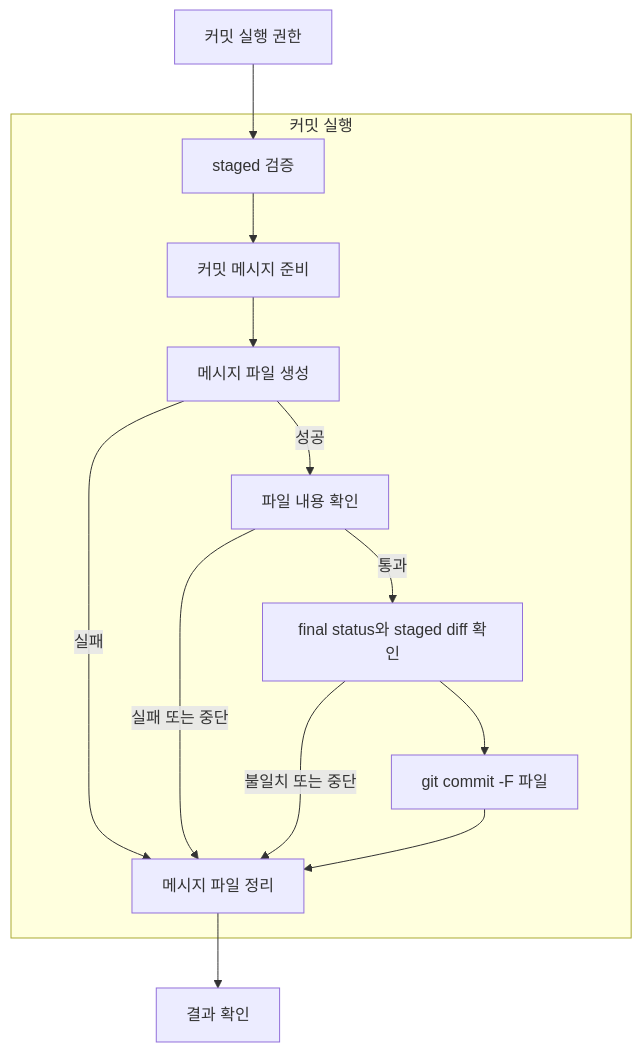
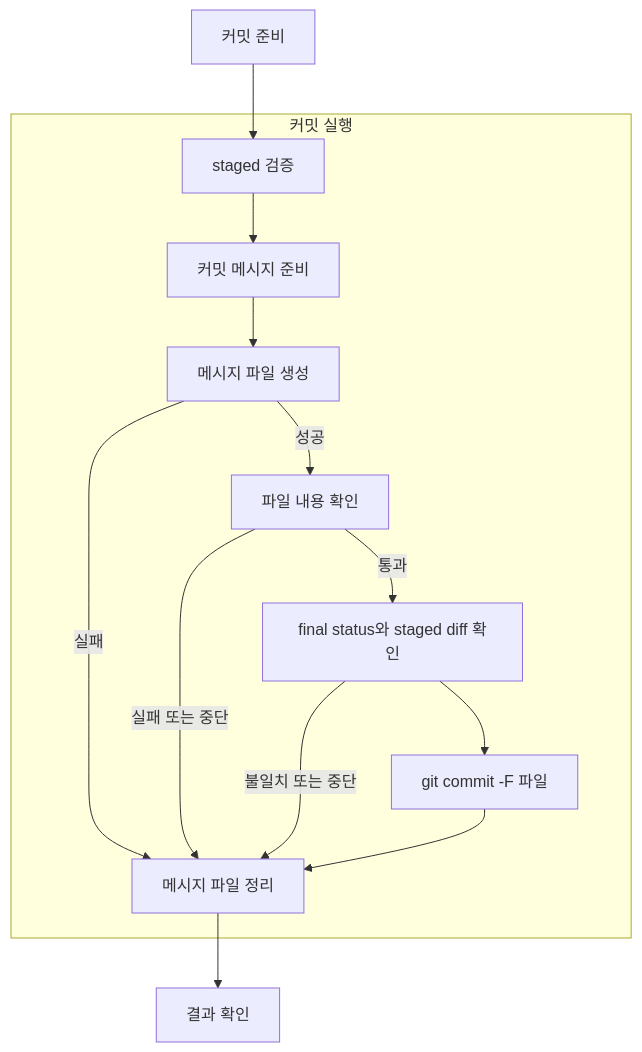
The third of 3 diagrams in src/advance-codex-dev/specs/skills/git-committer/intent.md (opnay/agent-plugins), drawn with Mermaid before and after one commit. The commit also changed other lines of this file and 12 other files, not shown here.

````diff
--- a/src/advance-codex-dev/specs/skills/git-committer/intent.md
+++ b/src/advance-codex-dev/specs/skills/git-committer/intent.md
@@ -60,21 +45,21 @@
 ```mermaid
 flowchart TD
-  A[커밋 실행 권한]
+  A[커밋 준비]
 
   subgraph B[커밋 실행]
     C[staged 검증] --> D[커밋 메시지 준비]
     D --> E[메시지 파일 생성]
     E -->|성공| F[파일 내용 확인]
     E -->|실패| I[메시지 파일 정리]
     F -->|통과| G[final status와 staged diff 확인]
     G --> H[git commit -F 파일]
     F -->|실패 또는 중단| I[메시지 파일 정리]
     G -->|불일치 또는 중단| I
     H --> I
   end
 
   J[결과 확인]
 
   A --> C
   I --> J
 ```
````
